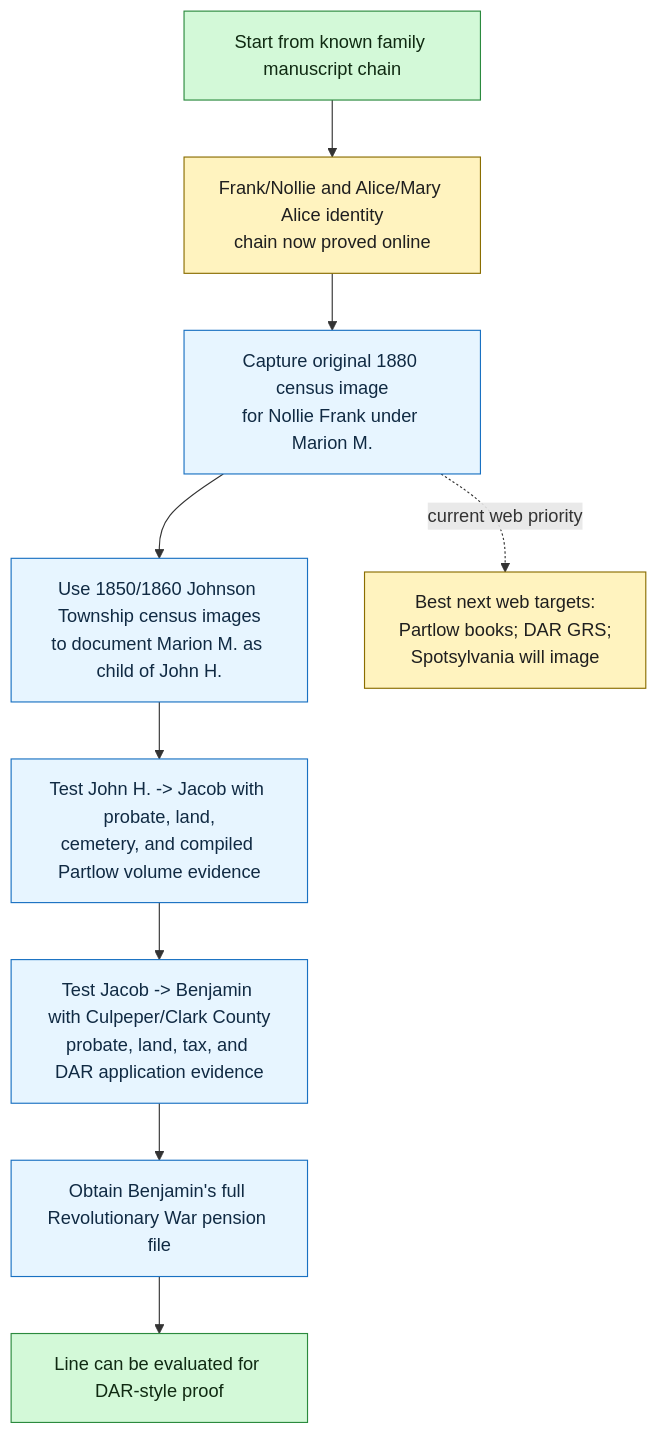
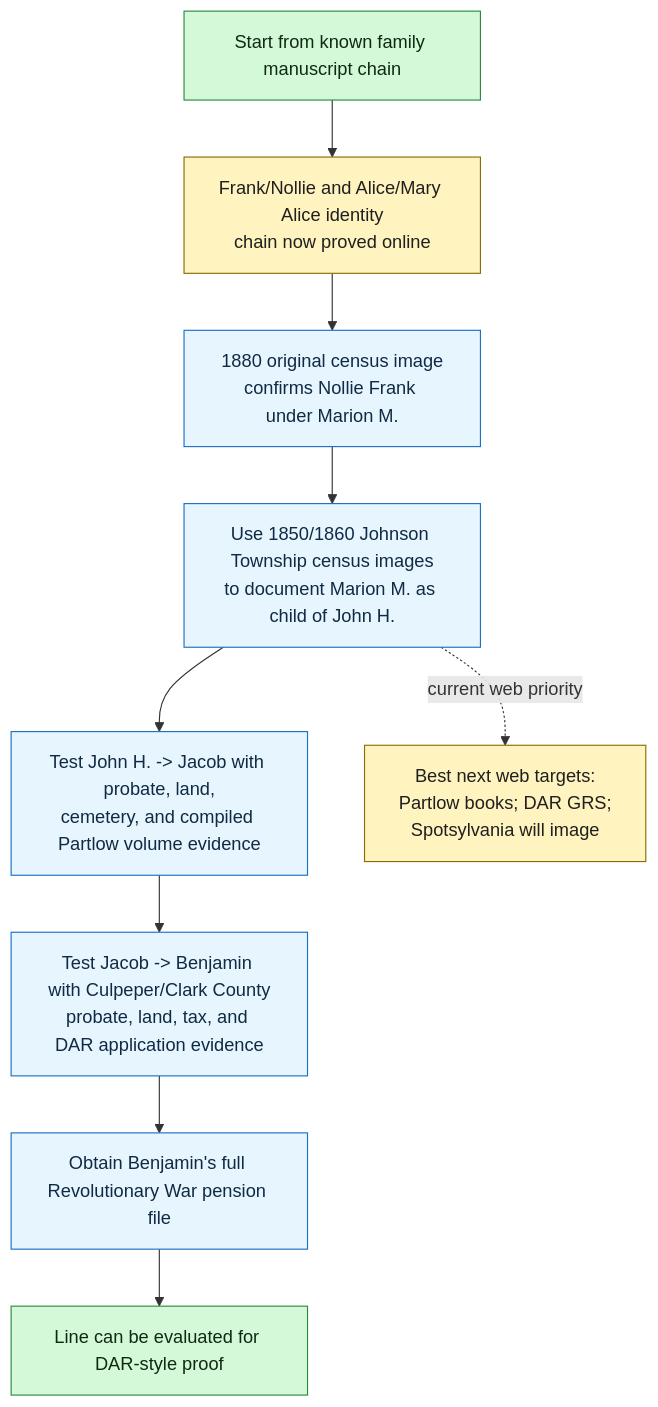
Before and after one commit to zcopley/copley-family-research: the second of 2 diagrams in RQ-P1-PARTLOW-REVOLUTIONARY-LINE.md, drawn with Mermaid. The commit also changed other lines of this file and 13 other files, not shown here.

Commit message:
Integrate 1880 Partlow household census image

````diff
--- a/RQ-P1-PARTLOW-REVOLUTIONARY-LINE.md
+++ b/RQ-P1-PARTLOW-REVOLUTIONARY-LINE.md
@@ -244,22 +244,22 @@
 ```mermaid
 flowchart TD
     A["Start from known family manuscript chain"]
     B["Frank/Nollie and Alice/Mary Alice identity<br/>chain now proved online"]
-    C["Capture original 1880 census image<br/>for Nollie Frank under Marion M."]
+    C["1880 original census image<br/>confirms Nollie Frank under Marion M."]
     D["Use 1850/1860 Johnson Township census images<br/>to document Marion M. as child of John H."]
     E["Test John H. -> Jacob with probate, land,<br/>cemetery, and compiled Partlow volume evidence"]
     F["Test Jacob -> Benjamin with Culpeper/Clark County<br/>probate, land, tax, and DAR application evidence"]
     G["Obtain Benjamin's full Revolutionary War pension file"]
     H["Line can be evaluated for DAR-style proof"]
 
     A --> B --> C --> D --> E --> F --> G --> H
-    C -. "current web priority" .-> P["Best next web targets:<br/>Partlow books; DAR GRS;<br/>Spotsylvania will image"]
+    D -. "current web priority" .-> P["Best next web targets:<br/>Partlow books; DAR GRS;<br/>Spotsylvania will image"]
 
     class A,H goal
     class B,P priority
     class C,D,E,F,G action
 
     classDef goal fill:#d3f9d8,stroke:#2b8a3e,color:#102a12;
     classDef priority fill:#fff3bf,stroke:#8a6d00,color:#1f1f1f;
     classDef action fill:#e7f5ff,stroke:#1971c2,color:#102a43;
 ```
````
